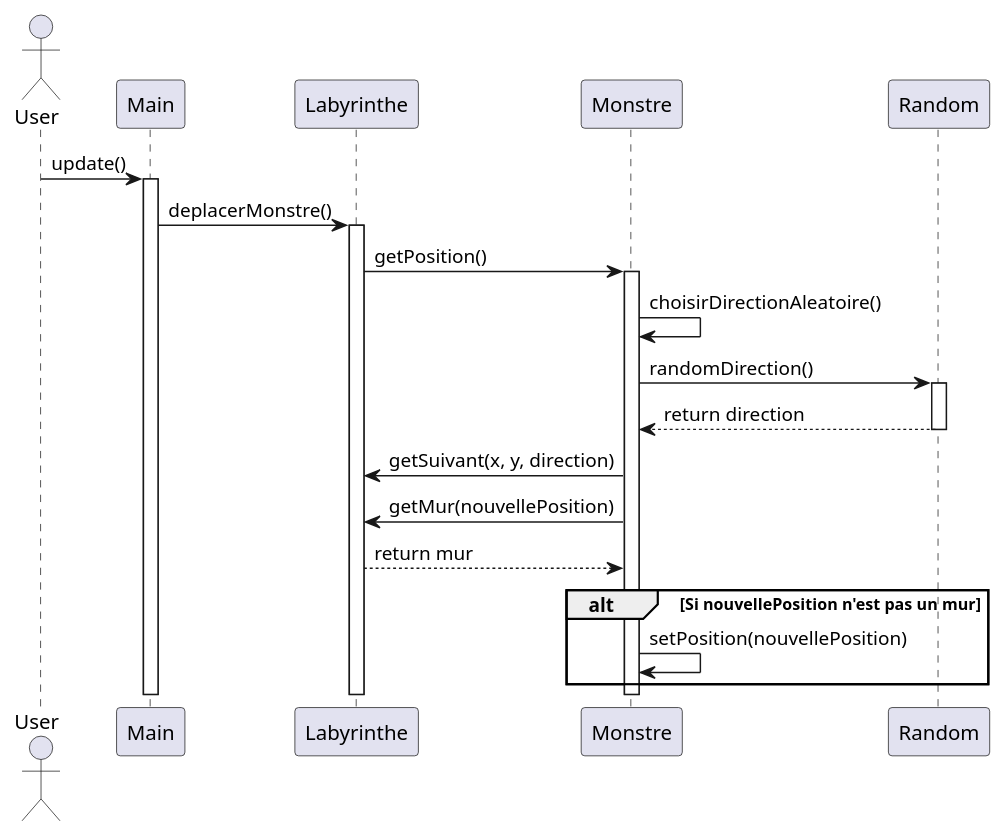
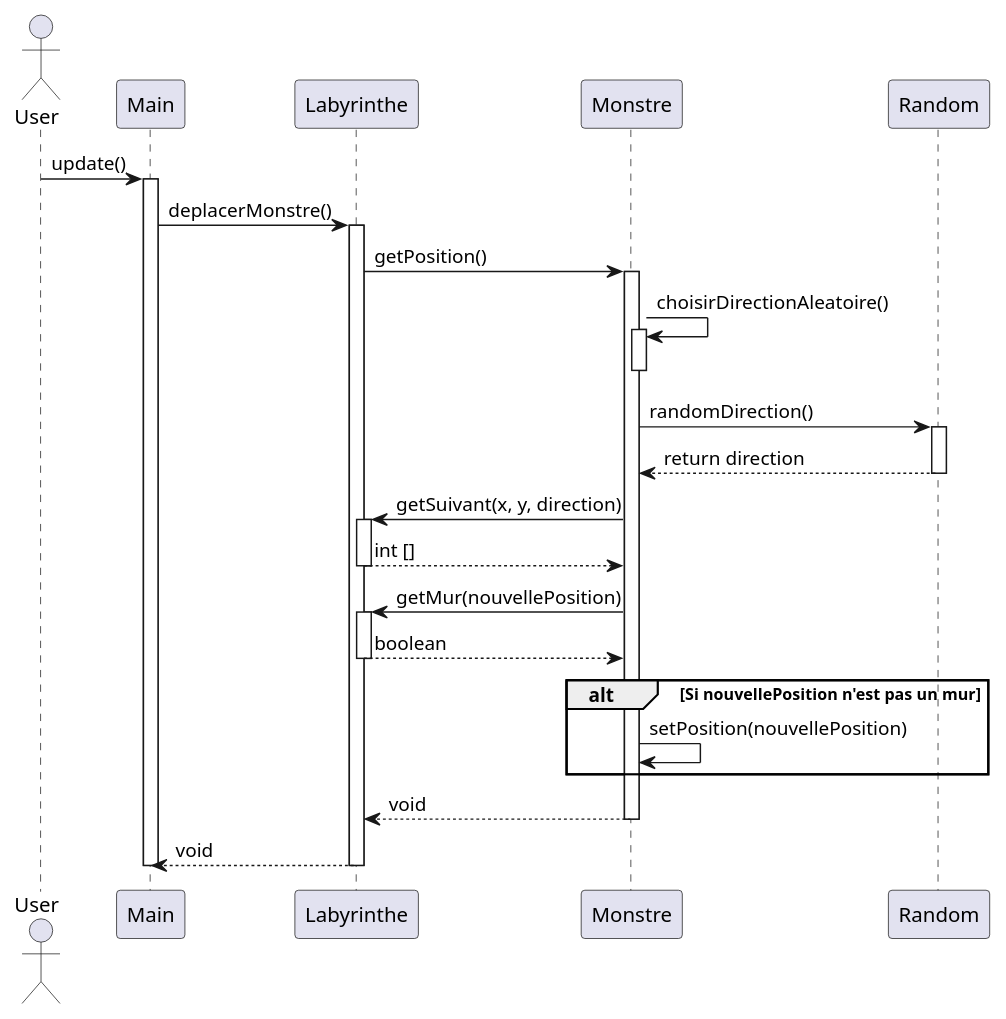
One commit to LukaSalvo/SAE2024 changed the diagram in zeldiablo/documents/version_2/diagseq_DeplacerMonstre.puml. Above: the diagram before and after it, drawn with PlantUML. The commit also changed 4 other files, not shown here.

```diff
--- a/zeldiablo/documents/version_2/diagseq_DeplacerMonstre.puml
+++ b/zeldiablo/documents/version_2/diagseq_DeplacerMonstre.puml
@@ -1,28 +1,37 @@
 @startuml
 actor User
 participant Main
 participant Labyrinthe
 participant Monstre
 participant Random
 
 User -> Main: update()
 activate Main
 Main -> Labyrinthe: deplacerMonstre()
 activate Labyrinthe
 Labyrinthe -> Monstre: getPosition()
 activate Monstre
 Monstre -> Monstre: choisirDirectionAleatoire()
+activate Monstre
+deactivate Monstre
 Monstre -> Random: randomDirection()
 activate Random
 Random --> Monstre: return direction
 deactivate Random
 Monstre -> Labyrinthe: getSuivant(x, y, direction)
+activate Labyrinthe
+Labyrinthe --> Monstre : int []
+deactivate Labyrinthe
 Monstre -> Labyrinthe: getMur(nouvellePosition)
-Labyrinthe --> Monstre: return mur
+activate Labyrinthe
+Labyrinthe --> Monstre : boolean
+deactivate Labyrinthe
 alt Si nouvellePosition n'est pas un mur
     Monstre -> Monstre: setPosition(nouvellePosition)
 end
+Monstre --> Labyrinthe : void
 deactivate Monstre
+Labyrinthe --> Main : void
 deactivate Labyrinthe
 deactivate Main
 @enduml
```
